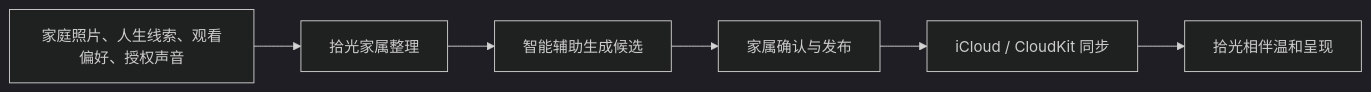
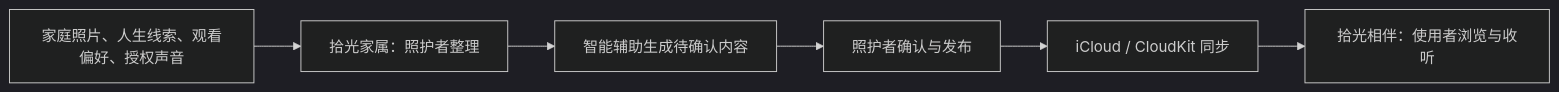
One commit to FlyLow24/ReLight changed the first of 2 diagrams in README.md. Above: the diagram before and after it, drawn with Mermaid (dark theme). The commit also changed other lines of this file and 1 other file, not shown here.

````diff
--- a/README.md
+++ b/README.md
@@ -96,8 +96,8 @@
 ```mermaid
 flowchart LR
-    A[家庭照片、人生线索、观看偏好、授权声音] --> B[拾光家属整理]
-    B --> C[智能辅助生成候选]
-    C --> D[家属确认与发布]
+    A[家庭照片、人生线索、观看偏好、授权声音] --> B[拾光家属：照护者整理]
+    B --> C[智能辅助生成待确认内容]
+    C --> D[照护者确认与发布]
     D --> E[iCloud / CloudKit 同步]
-    E --> F[拾光相伴温和呈现]
+    E --> F[拾光相伴：使用者浏览与收听]
 ```
````
